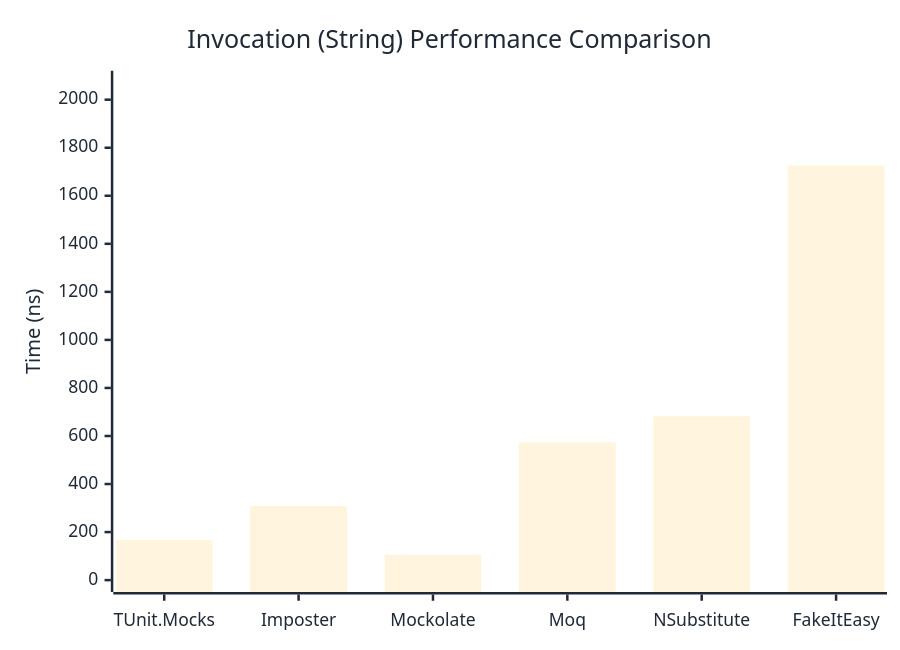
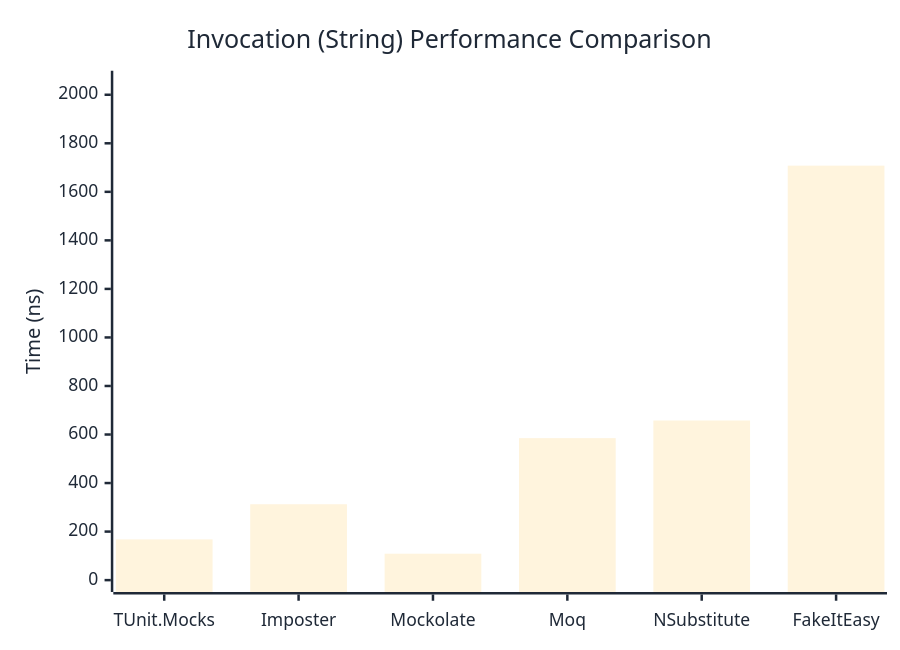
The second of 3 diagrams in docs/docs/benchmarks/mocks/Invocation.md (thomhurst/TUnit), drawn with Mermaid before and after one commit. The commit also changed other lines of this file and 14 other files, not shown here.

````diff
--- a/docs/docs/benchmarks/mocks/Invocation.md
+++ b/docs/docs/benchmarks/mocks/Invocation.md
@@ -71,27 +71,27 @@
 ```mermaid
 %%{init: {
   'theme':'base',
   'themeVariables': {
     'primaryColor': '#2563eb',
     'primaryTextColor': '#1f2937',
     'primaryBorderColor': '#1e40af',
     'lineColor': '#6b7280',
     'secondaryColor': '#7c3aed',
     'tertiaryColor': '#dc2626',
     'background': '#ffffff',
     'pie1': '#2563eb',
     'pie2': '#7c3aed',
     'pie3': '#dc2626',
     'pie4': '#f59e0b',
     'pie5': '#10b981',
     'pie6': '#06b6d4',
     'pie7': '#ec4899',
     'pie8': '#6366f1'
   }
 }}%%
 xychart-beta
   title "Invocation (String) Performance Comparison"
   x-axis ["TUnit.Mocks", "Imposter", "Mockolate", "Moq", "NSubstitute", "FakeItEasy"]
-  y-axis "Time (ns)" 0 --> 2071
-  bar [167.2, 308.3, 105.8, 573.4, 682.1, 1725.8]
+  y-axis "Time (ns)" 0 --> 2050
+  bar [167.9, 312.7, 108.9, 585.1, 657.7, 1707.9]
 ```
````
